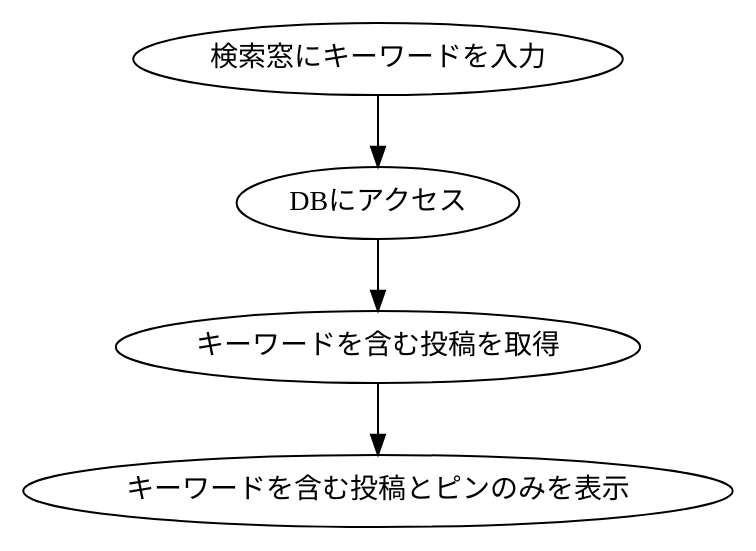
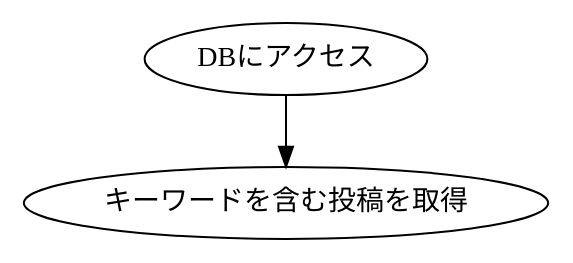
The diagram in dot/marudemaru/KeywordSearch.dot (KUT-Group12/internal_design), drawn with Graphviz before and after one commit. The commit also changed 233 other files, not shown here.

```diff
--- a/dot/marudemaru/KeywordSearch.dot
+++ b/dot/marudemaru/KeywordSearch.dot
@@ -1,12 +1,8 @@
 digraph G {
     #include "style.doth"
 
-    input[label = "検索窓にキーワードを入力"]
     db[label = "DBにアクセス"]
     get[label = "キーワードを含む投稿を取得"]
-    output[label = "キーワードを含む投稿とピンのみを表示"]
 
-    input -> db
     db -> get
-    get -> output
 }
```
